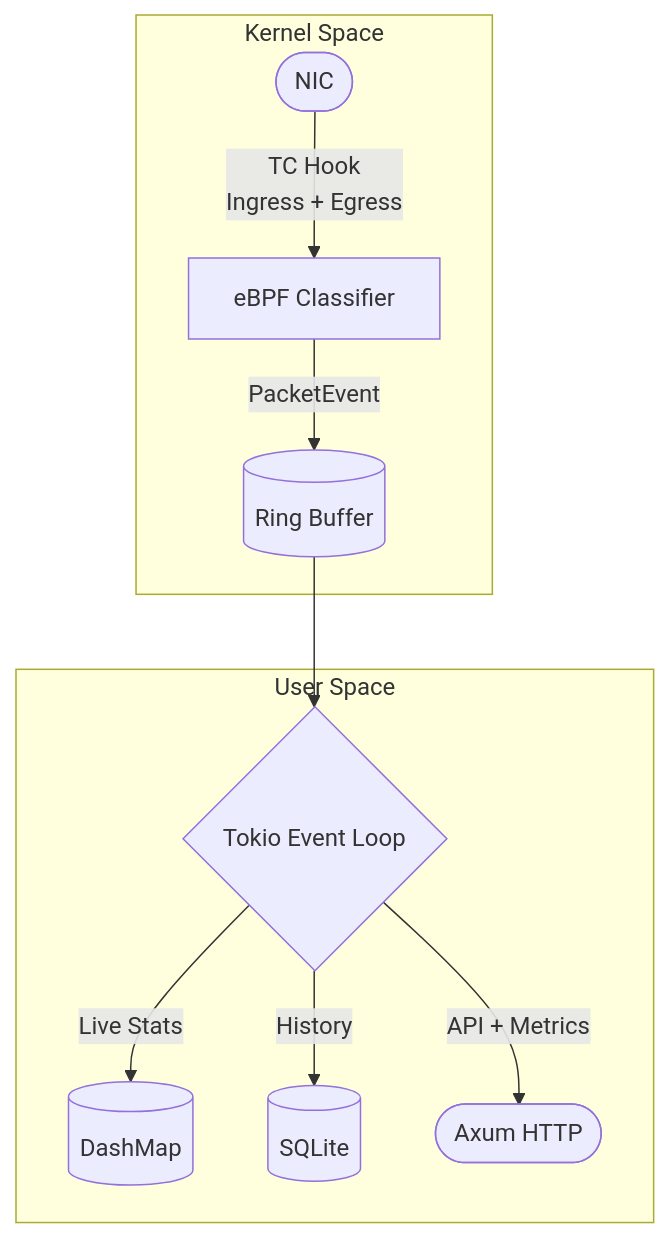
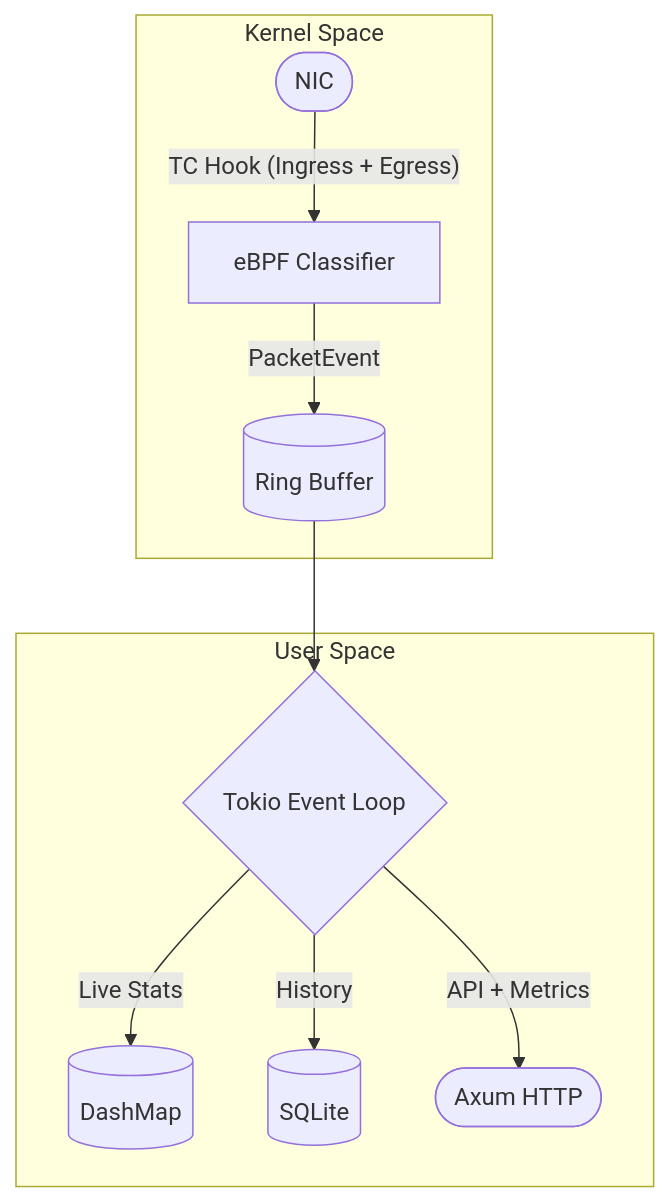
One commit to DavidHavoc/ayaFlow changed the diagram in README.md. Above: the diagram before and after it, drawn with Mermaid. The commit also changed other lines of this file and 7 other files, not shown here.

````diff
--- a/README.md
+++ b/README.md
@@ -9,14 +9,14 @@
 ```mermaid
 flowchart TD
     subgraph Kernel["Kernel Space"]
-        NIC([NIC]) -->|TC Hook<br>Ingress + Egress| eBPF[eBPF Classifier]
-        eBPF -->|PacketEvent| RingBuf[(Ring Buffer)]
+        NIC(["NIC"]) -->|"TC Hook (Ingress + Egress)"| eBPF["eBPF Classifier"]
+        eBPF -->|"PacketEvent"| RingBuf[("Ring Buffer")]
     end
 
     subgraph User["User Space"]
-        RingBuf --> Tokio{Tokio Event Loop}
-        Tokio -->|Live Stats| DashMap[(DashMap)]
-        Tokio -->|History| SQLite[(SQLite)]
-        Tokio -->|API + Metrics| Axum([Axum HTTP])
+        RingBuf --> Tokio{"Tokio Event Loop"}
+        Tokio -->|"Live Stats"| DashMap[("DashMap")]
+        Tokio -->|"History"| SQLite[("SQLite")]
+        Tokio -->|"API + Metrics"| Axum(["Axum HTTP"])
     end
 ```
````
